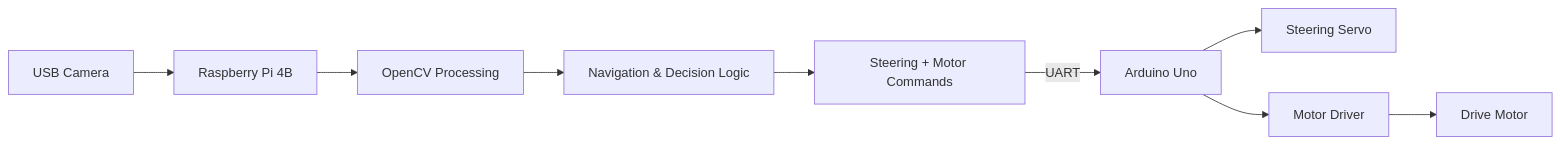
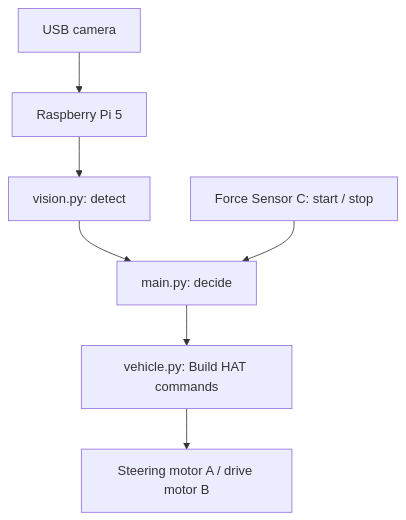
One commit to The-Mech-Minds/WRO26_Future-Engineers_TMM changed the first of 3 diagrams in README.md. Above: the diagram before and after it, drawn with Mermaid. The commit also changed other lines of this file, not shown here.

Commit message:
Document current Pi 5 navigation and vision

````diff
--- a/README.md
+++ b/README.md
@@ -334,11 +15,9 @@
 ```mermaid
-flowchart LR
-    A["USB Camera"] --> B["Raspberry Pi 4B"]
-    B --> C["OpenCV Processing"]
-    C --> D["Navigation & Decision Logic"]
-    D --> E["Steering + Motor Commands"]
-    E -->|"UART"| F["Arduino Uno"]
-    F --> G["Steering Servo"]
-    F --> H["Motor Driver"]
-    H --> I["Drive Motor"]
+flowchart TD
+    A["USB camera"] --> B["Raspberry Pi 5"]
+    B --> C["vision.py: detect"]
+    C --> D["main.py: decide"]
+    E["Force Sensor C: start / stop"] --> D
+    D --> F["vehicle.py: Build HAT commands"]
+    F --> G["Steering motor A / drive motor B"]
 ```
````
